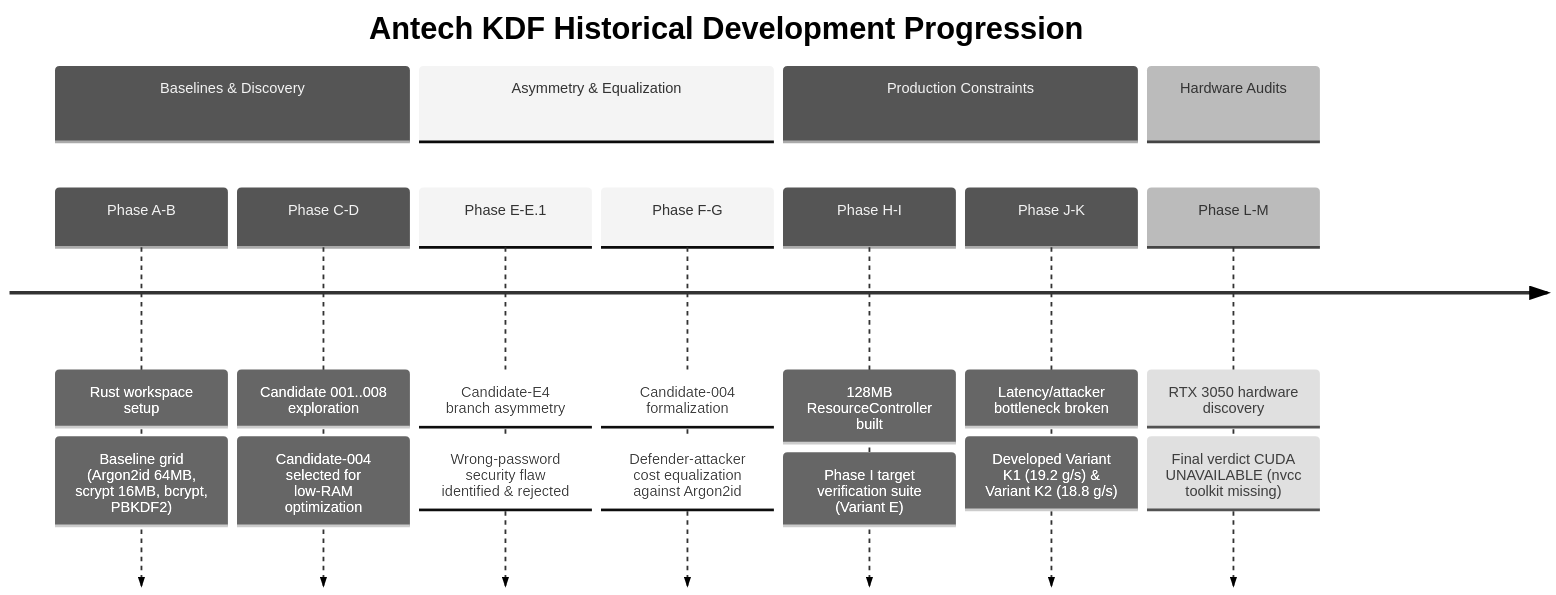
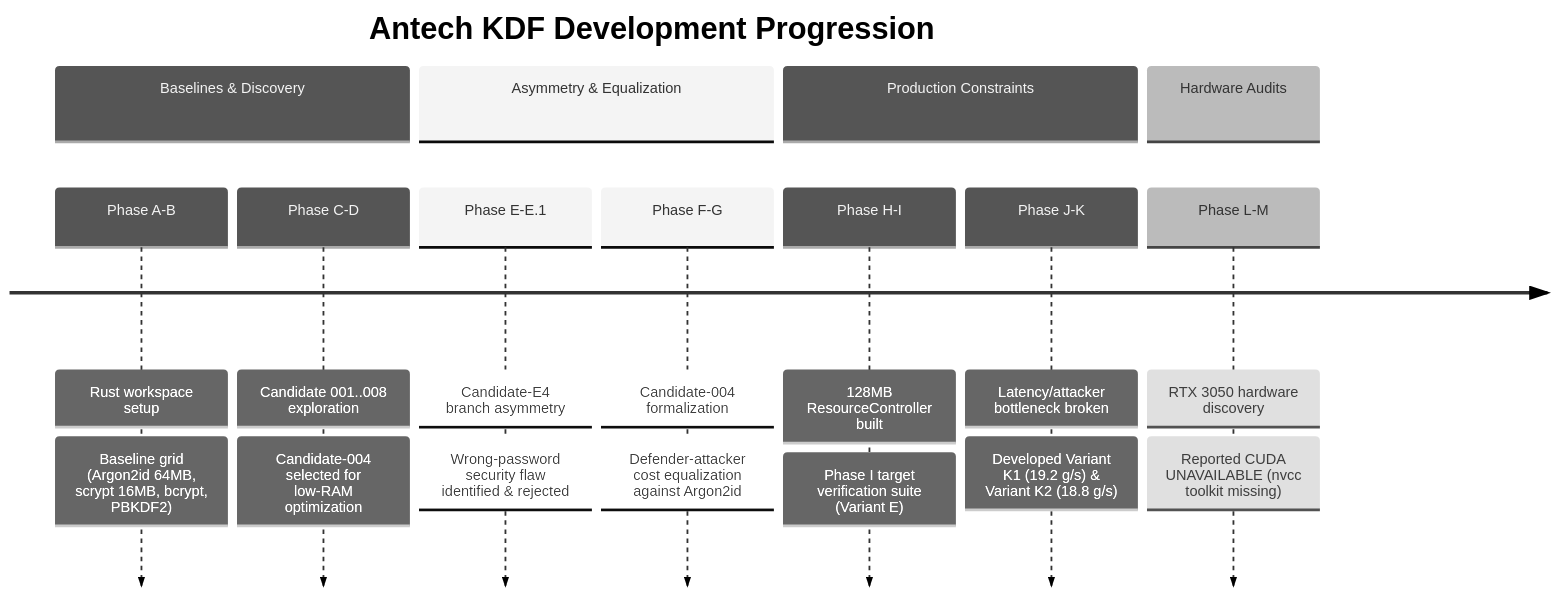
One commit to udinmoInc/antech-kdf changed the diagram in research/archive/phase-history.md. Above: the diagram before and after it, drawn with Mermaid (neutral theme). The commit also changed other lines of this file and 9 other files, not shown here.

````diff
--- a/research/archive/phase-history.md
+++ b/research/archive/phase-history.md
@@ -9,15 +9,15 @@
 ```mermaid
 timeline
-    title Antech KDF Historical Development Progression
+    title Antech KDF Development Progression
     section Baselines & Discovery
         Phase A-B : Rust workspace setup : Baseline grid (Argon2id 64MB, scrypt 16MB, bcrypt, PBKDF2)
         Phase C-D : Candidate 001..008 exploration : Candidate-004 selected for low-RAM optimization
     section Asymmetry & Equalization
         Phase E-E.1 : Candidate-E4 branch asymmetry : Wrong-password security flaw identified & rejected
         Phase F-G : Candidate-004 formalization : Defender-attacker cost equalization against Argon2id
     section Production Constraints
         Phase H-I : 128MB ResourceController built : Phase I target verification suite (Variant E)
         Phase J-K : Latency/attacker bottleneck broken : Developed Variant K1 (19.2 g/s) & Variant K2 (18.8 g/s)
     section Hardware Audits
-        Phase L-M : RTX 3050 hardware discovery : Final verdict CUDA UNAVAILABLE (nvcc toolkit missing)
+        Phase L-M : RTX 3050 hardware discovery : Reported CUDA UNAVAILABLE (nvcc toolkit missing)
 ```
````
